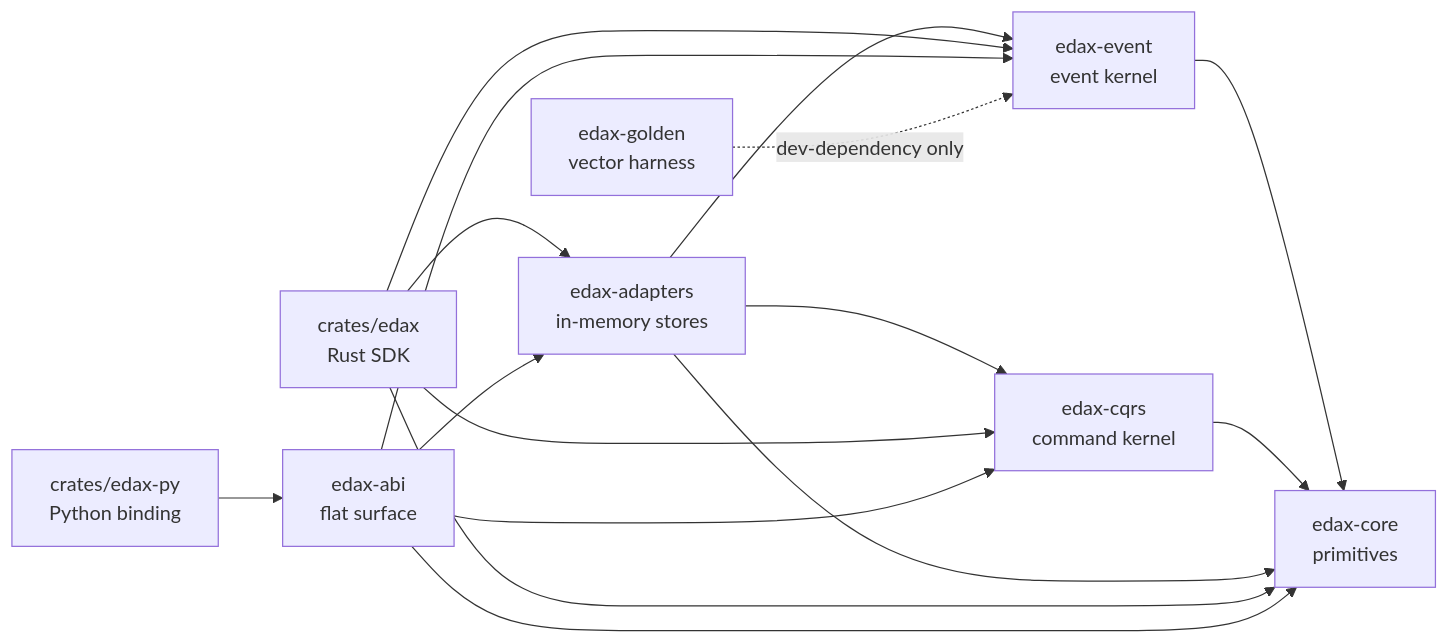
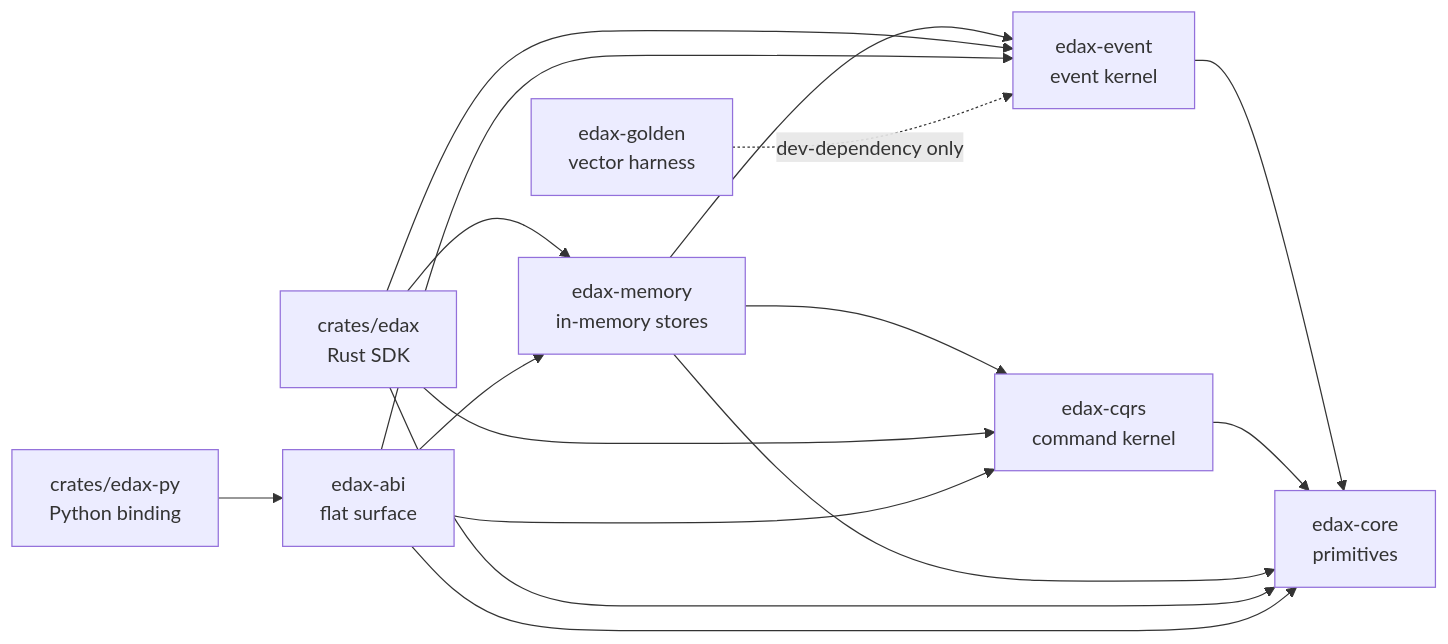
One commit to haskian/edax changed the second of 4 diagrams in docs/architecture.md. Above: the diagram before and after it, drawn with Mermaid. The commit also changed other lines of this file and 40 other files, not shown here.

First line of the commit message:
refactor: rename edax-adapters to edax-memory, InMemoryBroker to MemoryBroker, AdapterError to edax-core

````diff
--- a/docs/architecture.md
+++ b/docs/architecture.md
@@ -62,27 +62,27 @@
 ```mermaid
 flowchart LR
     core["edax-core<br/>primitives"]
     event["edax-event<br/>event kernel"]
     cqrs["edax-cqrs<br/>command kernel"]
-    adapters["edax-adapters<br/>in-memory stores"]
+    memory["edax-memory<br/>in-memory stores"]
     abi["edax-abi<br/>flat surface"]
     rust["crates/edax<br/>Rust SDK"]
     py["crates/edax-py<br/>Python binding"]
     golden["edax-golden<br/>vector harness"]
 
     event --> core
     cqrs --> core
-    adapters --> core
-    adapters --> event
-    adapters --> cqrs
+    memory --> core
+    memory --> event
+    memory --> cqrs
     rust --> core
     rust --> event
     rust --> cqrs
-    rust --> adapters
+    rust --> memory
     abi --> core
     abi --> event
     abi --> cqrs
-    abi --> adapters
+    abi --> memory
     py --> abi
     golden -.->|"dev-dependency only"| event
 ```
````
